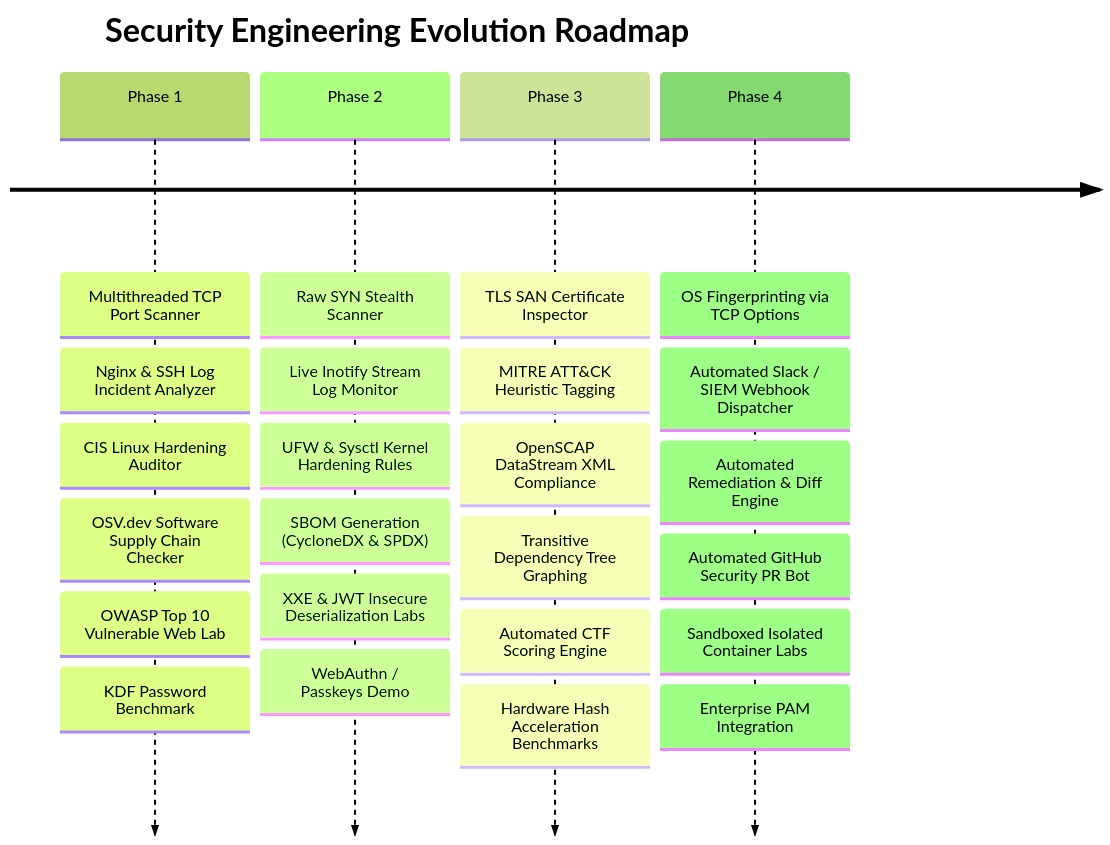
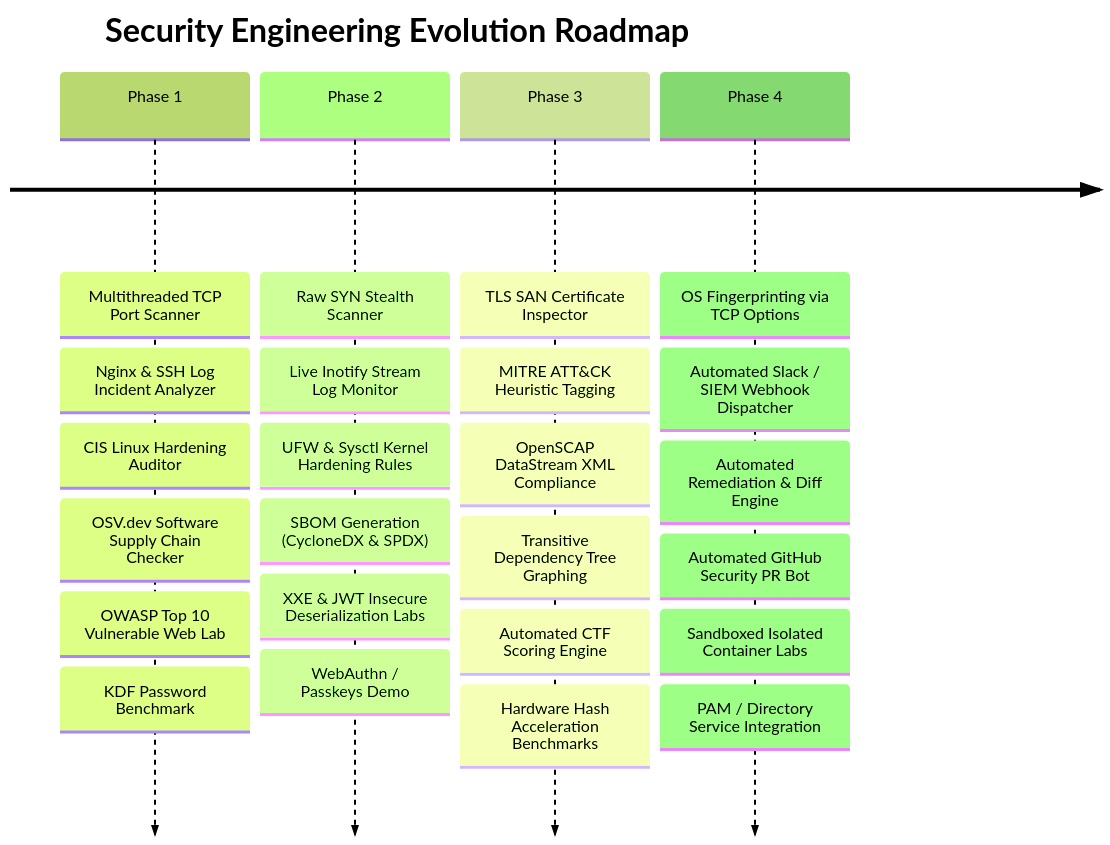
The diagram in README.md (ErenYeager1836/security-labs), drawn with Mermaid (forest theme) before and after one commit. The commit also changed other lines of this file, not shown here.

````diff
--- a/README.md
+++ b/README.md
@@ -312,8 +341,8 @@
 ```mermaid
 timeline
     title Security Engineering Evolution Roadmap
     Phase 1 : Multithreaded TCP Port Scanner : Nginx & SSH Log Incident Analyzer : CIS Linux Hardening Auditor : OSV.dev Software Supply Chain Checker : OWASP Top 10 Vulnerable Web Lab : KDF Password Benchmark
     Phase 2 : Raw SYN Stealth Scanner : Live Inotify Stream Log Monitor : UFW & Sysctl Kernel Hardening Rules : SBOM Generation (CycloneDX & SPDX) : XXE & JWT Insecure Deserialization Labs : WebAuthn / Passkeys Demo
     Phase 3 : TLS SAN Certificate Inspector : MITRE ATT&CK Heuristic Tagging : OpenSCAP DataStream XML Compliance : Transitive Dependency Tree Graphing : Automated CTF Scoring Engine : Hardware Hash Acceleration Benchmarks
-    Phase 4 : OS Fingerprinting via TCP Options : Automated Slack / SIEM Webhook Dispatcher : Automated Remediation & Diff Engine : Automated GitHub Security PR Bot : Sandboxed Isolated Container Labs : Enterprise PAM Integration
+    Phase 4 : OS Fingerprinting via TCP Options : Automated Slack / SIEM Webhook Dispatcher : Automated Remediation & Diff Engine : Automated GitHub Security PR Bot : Sandboxed Isolated Container Labs : PAM / Directory Service Integration
 ```
````
